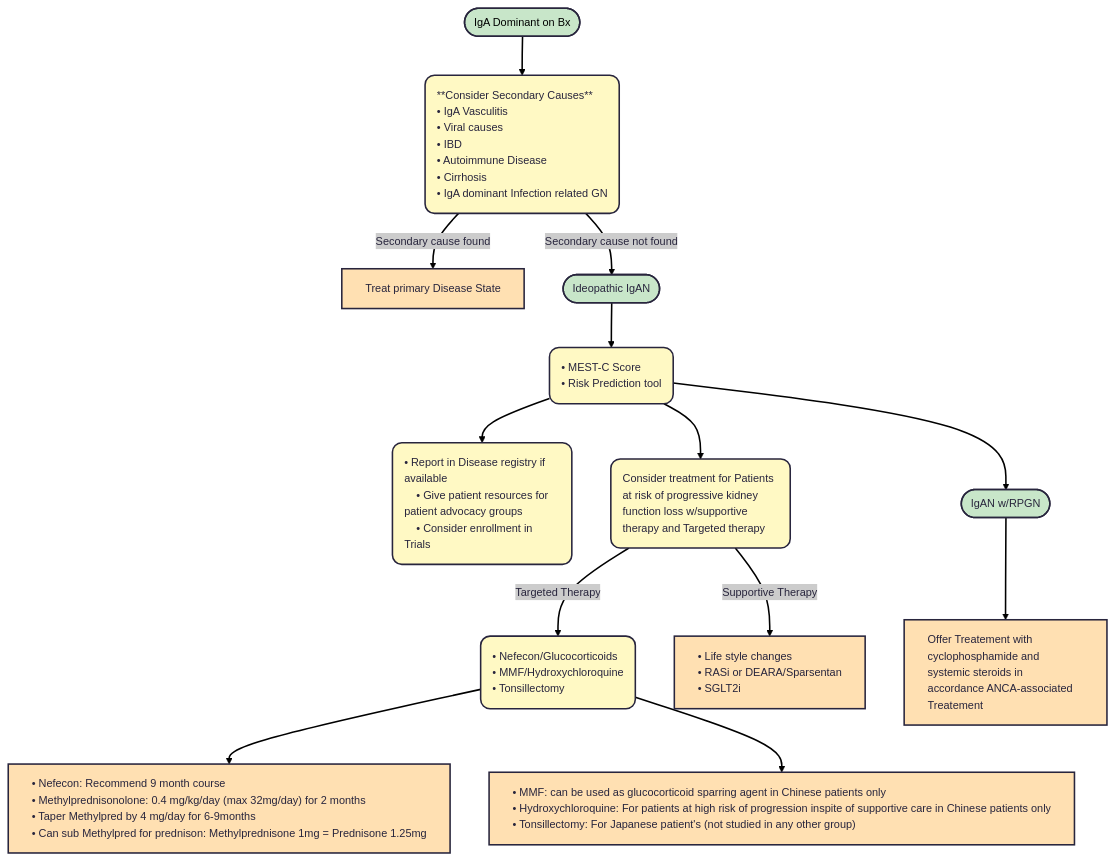
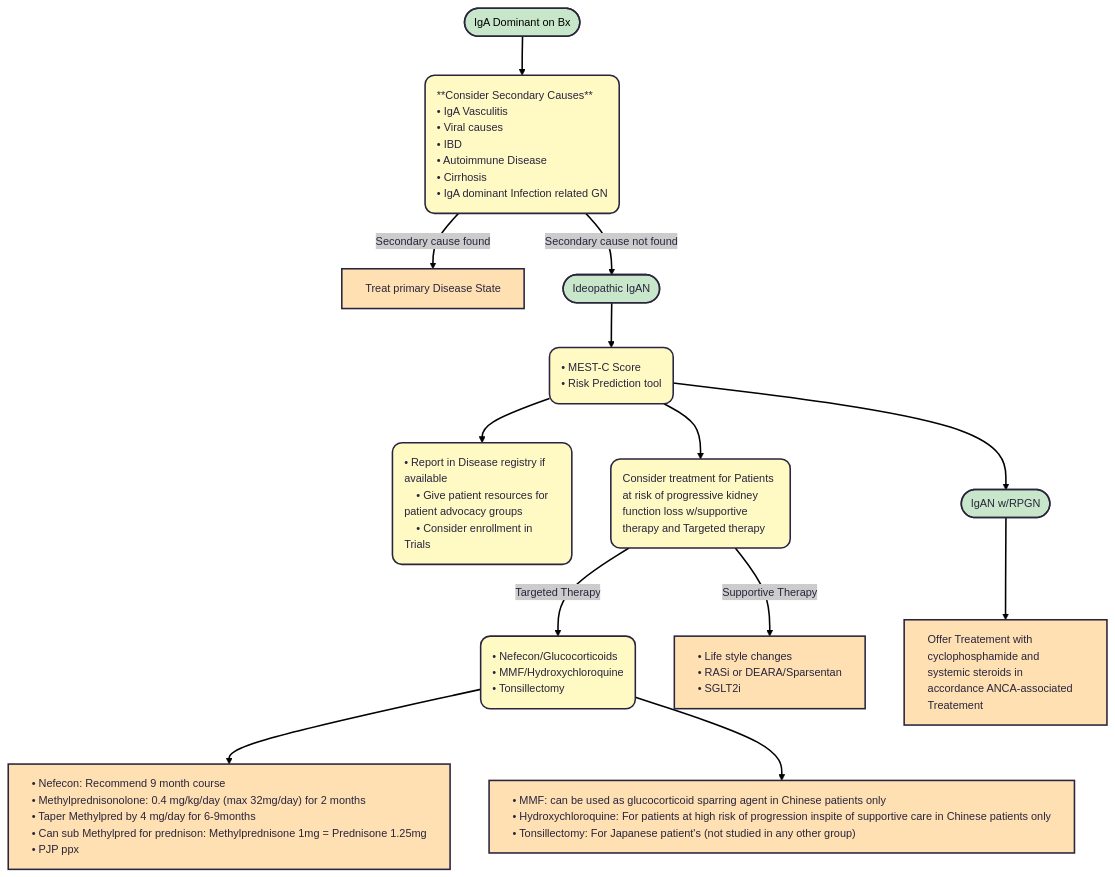
One commit to TTUNEPH2025/GN changed the diagram in docs/IGAN.md. Above: the diagram before and after it, drawn with Mermaid. The commit also changed other lines of this file, not shown here.

````diff
--- a/docs/IGAN.md
+++ b/docs/IGAN.md
@@ -69,52 +69,53 @@
 ```mermaid
 ---
 config:
   theme: redux
 ---
 flowchart TD
     A(["IgA Dominant on Bx"]) --> n1["**Consider Secondary Causes**
     • IgA Vasculitis
     • Viral causes
     • IBD
     • Autoimmune Disease
     • Cirrhosis 
     • IgA dominant Infection related GN"]
     n1 -- Secondary cause found --> n2["Treat primary Disease State"]
     n1 -- Secondary cause not found --> n3(["Ideopathic IgAN"])
     n3 --> n4["• MEST-C Score
     • Risk Prediction tool"]
     n4 --> n5["• Report in Disease registry if available
     • Give patient resources for patient advocacy groups
     • Consider enrollment in Trials"] & n6["Consider treatment for Patients at risk of progressive kidney function loss w/supportive therapy and Targeted therapy"] & n9(["IgAN w/RPGN"])
     n6 -- Targeted Therapy --> n7["• Nefecon/Glucocorticoids
     • MMF/Hydroxychloroquine
     • Tonsillectomy"]
     n6 -- Supportive Therapy --> n8["• Life style changes
     • RASi or DEARA/Sparsentan
     • SGLT2i"]
     n9 --> n10["Offer Treatement with cyclophosphamide and systemic steroids in accordance ANCA-associated Treatement"]
     n7 --> n11["• Nefecon: Recommend 9 month course
     • Methylprednisonolone: 0.4 mg/kg/day (max 32mg/day) for 2 months
  • Taper Methylpred by 4 mg/day for 6-9months
-• Can sub Methylpred for prednison: Methylprednisone 1mg = Prednisone 1.25mg"] & n12@{ label: "• MMF: can be used as glucocorticoid sparring agent in Chinese patients only\n    • Hydroxychloroquine: For patients at high risk of progression inspite of supportive care in Chinese patients only\n    • Tonsillectomy: For Japanese patient's (not studied in any other group)" }
+• Can sub Methylpred for prednison: Methylprednisone 1mg = Prednisone 1.25mg
+• PJP ppx"] & n12@{ label: "• MMF: can be used as glucocorticoid sparring agent in Chinese patients only\n    • Hydroxychloroquine: For patients at high risk of progression inspite of supportive care in Chinese patients only\n    • Tonsillectomy: For Japanese patient's (not studied in any other group)" }
     n1@{ shape: rounded}
     n4@{ shape: rounded}
     n5@{ shape: rounded}
     n6@{ shape: rounded}
     n7@{ shape: rounded}
     n8@{ shape: rect}
     n12@{ shape: rect}
     style A fill:#C8E6C9,color:#000000
     style n1 fill:#FFF9C4,text-align:left,white-space:nowrap
     style n2 fill:#FFE0B2,text-align:left
     style n3 fill:#C8E6C9,text-align:left
     style n4 fill:#FFF9C4,text-align:left
     style n5 fill:#FFF9C4,text-align:left
     style n6 fill:#FFF9C4,text-align:left
     style n9 fill:#C8E6C9,text-align:left
     style n7 fill:#FFF9C4,text-align:left,white-space:nowrap
     style n8 fill:#FFE0B2,text-align:left,white-space:nowrap
     style n10 fill:#FFE0B2,text-align:left
     style n11 fill:#FFE0B2,text-align:left,white-space:nowrap
     style n12 fill:#FFE0B2,text-align:left,white-space:nowrap
 ```
````
